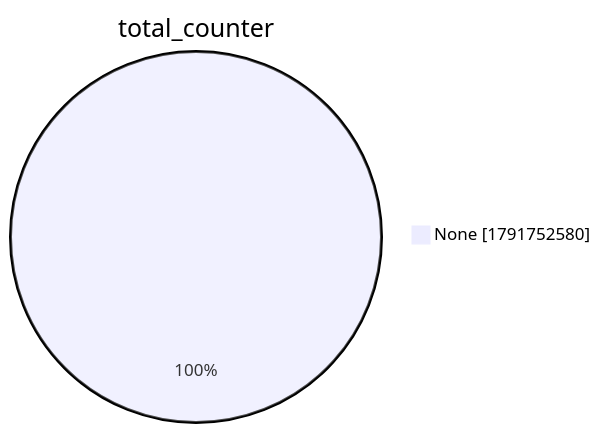
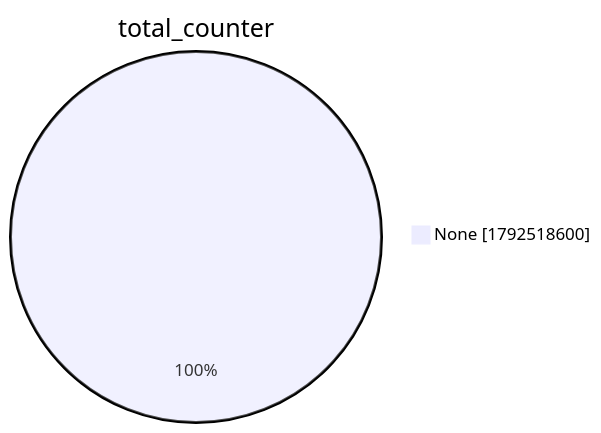
The second of 15 diagrams in xenon2022/README.md (christiankrug/ctmonitor_visualization), drawn with Mermaid before and after one commit. The commit also changed other lines of this file, not shown here.

````diff
--- a/xenon2022/README.md
+++ b/xenon2022/README.md
@@ -9,5 +9,5 @@
 ```mermaid
 pie showData
 title total_counter
-"None" :1791752580
+"None" :1792518600
 ```
````
